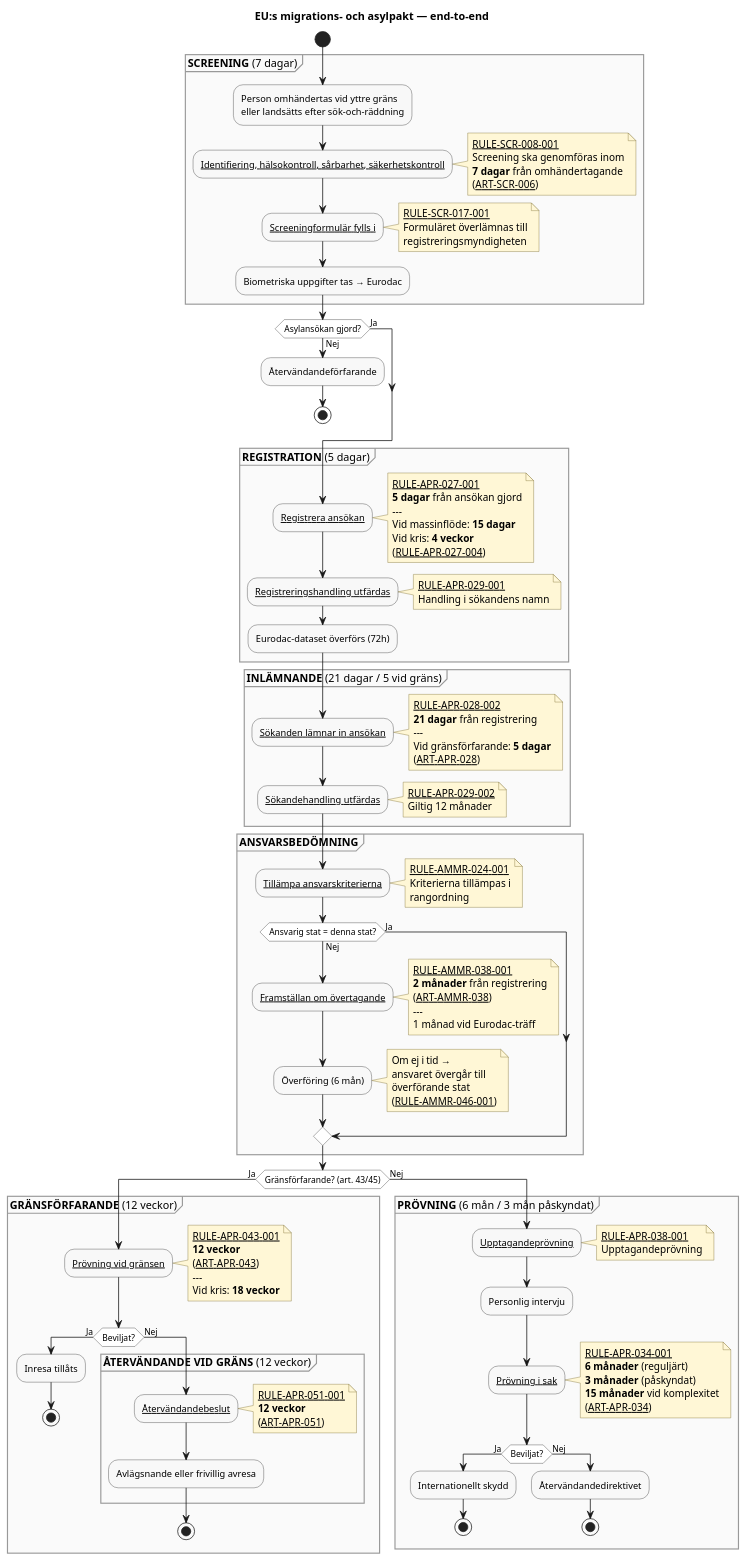
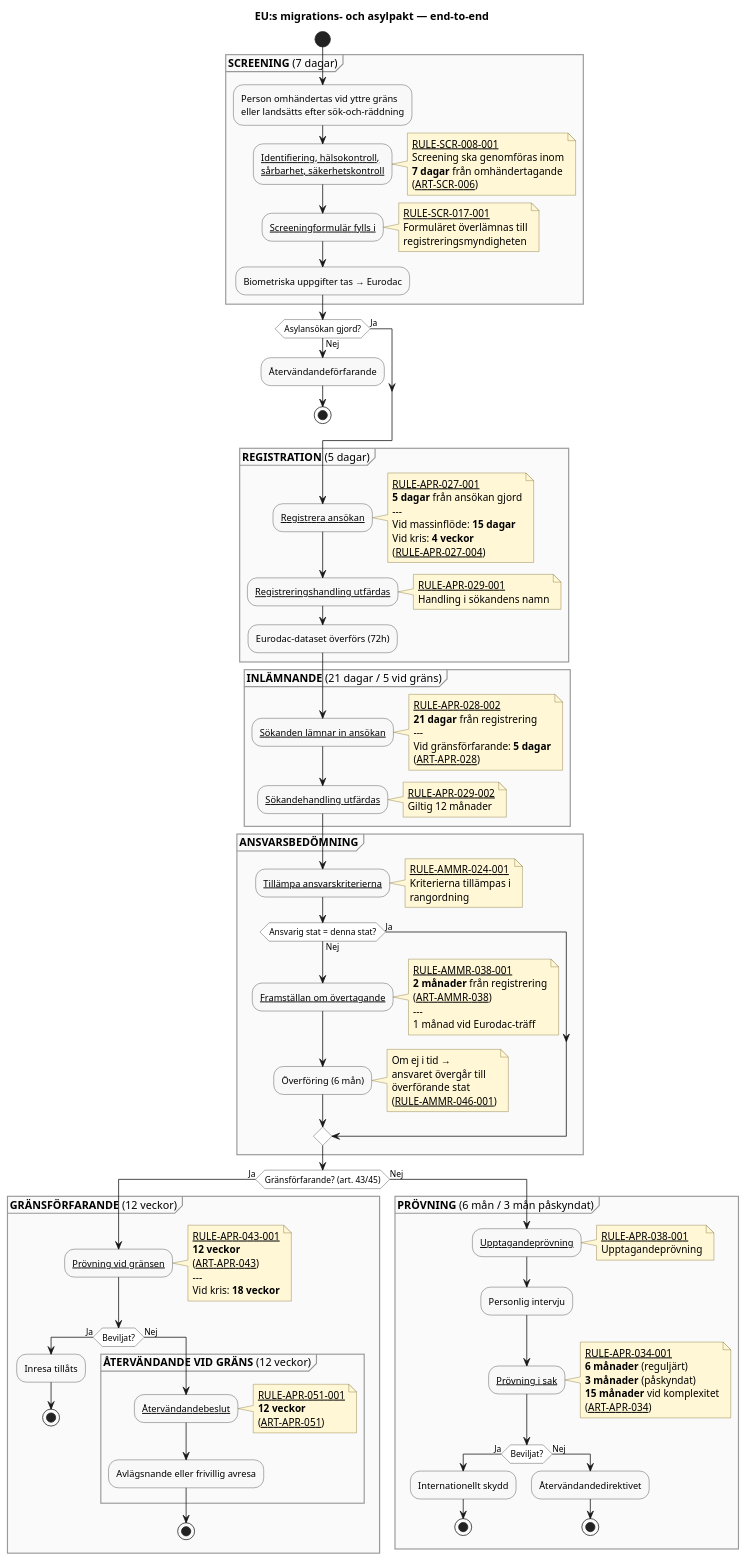
One commit to chrhe894/migration_pact changed the diagram in docs/diagrams/end-to-end-overview.pu. Above: the diagram before and after it, drawn with PlantUML. The commit also changed 21 other files, not shown here.

Commit message:
Fixes long activities in pu-diagram.

```diff
--- a/docs/diagrams/end-to-end-overview.pu
+++ b/docs/diagrams/end-to-end-overview.pu
@@ -21,168 +21,168 @@
 @startuml end-to-end-overview
 
 title EU:s migrations- och asylpakt — end-to-end
 
 skinparam shadowing false
 skinparam HyperlinkColor Black
 skinparam HyperlinkUnderline true
 skinparam defaultFontName Arial
 skinparam activity {
   BackgroundColor #F8F8F8
   BorderColor #333333
   DiamondBackgroundColor #FFFFFF
   DiamondBorderColor #333333
 }
 skinparam note {
   BackgroundColor #FFF7D6
   BorderColor #7A6A2A
 }
 skinparam partition {
   BackgroundColor #FAFAFA
   BorderColor #999999
 }
 
 start
 
 partition "**SCREENING** (7 dagar)" {
   :Person omhändertas vid yttre gräns
   eller landsätts efter sök-och-räddning;
-  :[[domains/screening/rules/rule-scr-008-001.md Identifiering, hälsokontroll, sårbarhet, säkerhetskontroll]];
+  :[[domains/screening/rules/rule-scr-008-001.md Identifiering, hälsokontroll,\nsårbarhet, säkerhetskontroll]];
   note right
     [[domains/screening/rules/rule-scr-008-001.md RULE-SCR-008-001]]
     Screening ska genomföras inom
     **7 dagar** från omhändertagande
     ([[domains/screening/articles/scr-006.md ART-SCR-006]])
   end note
   :[[domains/screening/rules/rule-scr-017-001.md Screeningformulär fylls i]];
   note right
     [[domains/screening/rules/rule-scr-017-001.md RULE-SCR-017-001]]
     Formuläret överlämnas till
     registreringsmyndigheten
   end note
   :Biometriska uppgifter tas → Eurodac;
 }
 
 if (Asylansökan gjord?) then (Nej)
   :Återvändandeförfarande;
   stop
 else (Ja)
 endif
 
 partition "**REGISTRATION** (5 dagar)" {
   :[[domains/registration/rules/rule-apr-027-001.md Registrera ansökan]];
   note right
     [[domains/registration/rules/rule-apr-027-001.md RULE-APR-027-001]]
     **5 dagar** från ansökan gjord
     ---
     Vid massinflöde: **15 dagar**
     Vid kris: **4 veckor**
     ([[domains/registration/rules/rule-apr-027-004.md RULE-APR-027-004]])
   end note
   :[[domains/registration/rules/rule-apr-029-001.md Registreringshandling utfärdas]];
   note right
     [[domains/registration/rules/rule-apr-029-001.md RULE-APR-029-001]]
     Handling i sökandens namn
   end note
   :Eurodac-dataset överförs (72h);
 }
 
 partition "**INLÄMNANDE** (21 dagar / 5 vid gräns)" {
   :[[domains/registration/rules/rule-apr-028-002.md Sökanden lämnar in ansökan]];
   note right
     [[domains/registration/rules/rule-apr-028-002.md RULE-APR-028-002]]
     **21 dagar** från registrering
     ---
     Vid gränsförfarande: **5 dagar**
     ([[domains/registration/articles/apr-028.md ART-APR-028]])
   end note
   :[[domains/registration/rules/rule-apr-029-002.md Sökandehandling utfärdas]];
   note right
     [[domains/registration/rules/rule-apr-029-002.md RULE-APR-029-002]]
     Giltig 12 månader
   end note
 }
 
 partition "**ANSVARSBEDÖMNING**" {
   :[[domains/responsibility/rules/rule-ammr-024-001.md Tillämpa ansvarskriterierna]];
   note right
     [[domains/responsibility/rules/rule-ammr-024-001.md RULE-AMMR-024-001]]
     Kriterierna tillämpas i
     rangordning
   end note
   if (Ansvarig stat = denna stat?) then (Nej)
     :[[domains/responsibility/rules/rule-ammr-038-001.md Framställan om övertagande]];
     note right
       [[domains/responsibility/rules/rule-ammr-038-001.md RULE-AMMR-038-001]]
       **2 månader** från registrering
       ([[domains/responsibility/articles/ammr-038.md ART-AMMR-038]])
       ---
       1 månad vid Eurodac-träff
     end note
     :Överföring (6 mån);
     note right
       Om ej i tid →
       ansvaret övergår till
       överförande stat
       ([[domains/responsibility/rules/rule-ammr-046-001.md RULE-AMMR-046-001]])
     end note
   else (Ja)
   endif
 }
 
 if (Gränsförfarande? (art. 43/45)) then (Ja)
 
   partition "**GRÄNSFÖRFARANDE** (12 veckor)" {
     :[[domains/border-procedure/rules/rule-apr-043-001.md Prövning vid gränsen]];
     note right
       [[domains/border-procedure/rules/rule-apr-043-001.md RULE-APR-043-001]]
       **12 veckor**
       ([[domains/border-procedure/articles/apr-043.md ART-APR-043]])
       ---
       Vid kris: **18 veckor**
     end note
     if (Beviljat?) then (Ja)
       :Inresa tillåts;
       stop
     else (Nej)
       partition "**ÅTERVÄNDANDE VID GRÄNS** (12 veckor)" {
         :[[domains/border-procedure/rules/rule-apr-051-001.md Återvändandebeslut]];
         note right
           [[domains/border-procedure/rules/rule-apr-051-001.md RULE-APR-051-001]]
           **12 veckor**
           ([[domains/border-procedure/articles/apr-051.md ART-APR-051]])
         end note
         :Avlägsnande eller frivillig avresa;
       }
       stop
     endif
   }
 
 else (Nej)
 
   partition "**PRÖVNING** (6 mån / 3 mån påskyndat)" {
     :[[domains/asylum-procedure/rules/rule-apr-038-001.md Upptagandeprövning]];
     note right
       [[domains/asylum-procedure/rules/rule-apr-038-001.md RULE-APR-038-001]]
       Upptagandeprövning
     end note
     :Personlig intervju;
     :[[domains/asylum-procedure/rules/rule-apr-034-001.md Prövning i sak]];
     note right
       [[domains/asylum-procedure/rules/rule-apr-034-001.md RULE-APR-034-001]]
       **6 månader** (reguljärt)
       **3 månader** (påskyndat)
       **15 månader** vid komplexitet
       ([[domains/asylum-procedure/articles/apr-034.md ART-APR-034]])
     end note
     if (Beviljat?) then (Ja)
       :Internationellt skydd;
       stop
     else (Nej)
       :Återvändandedirektivet;
       stop
     endif
   }
 
 endif
 
 @enduml
```
